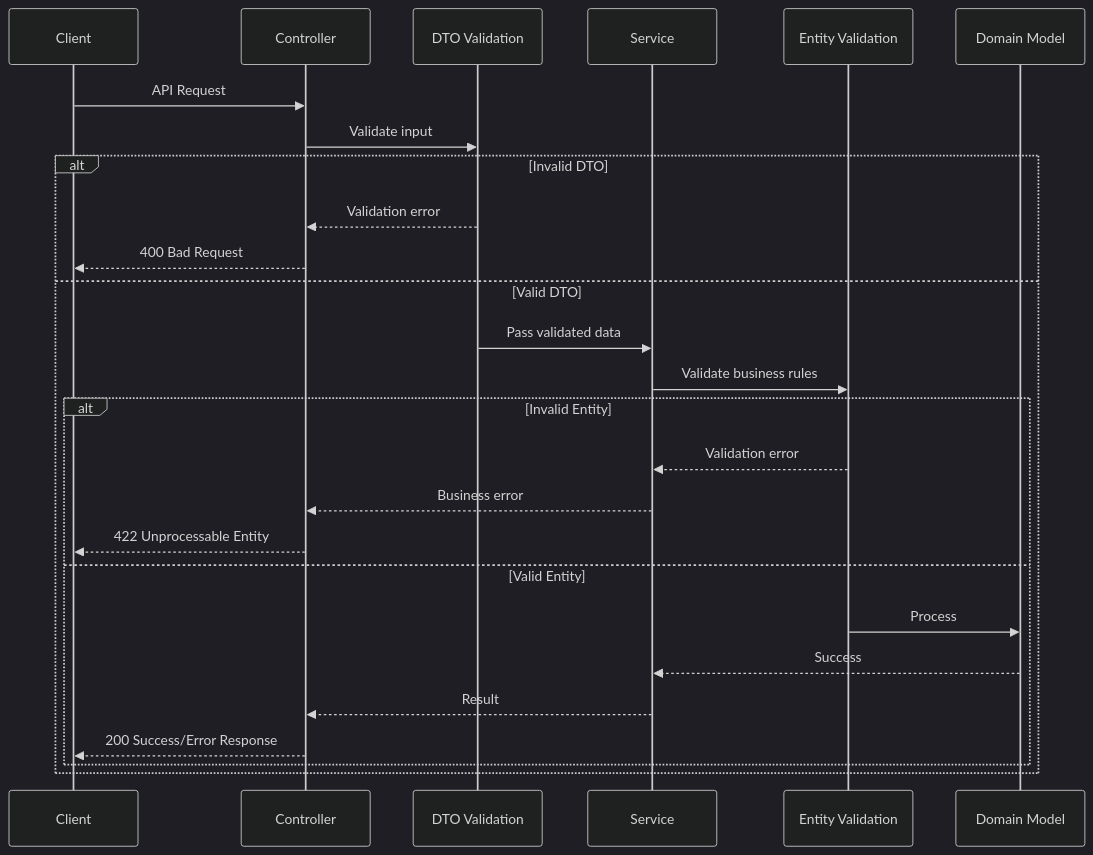
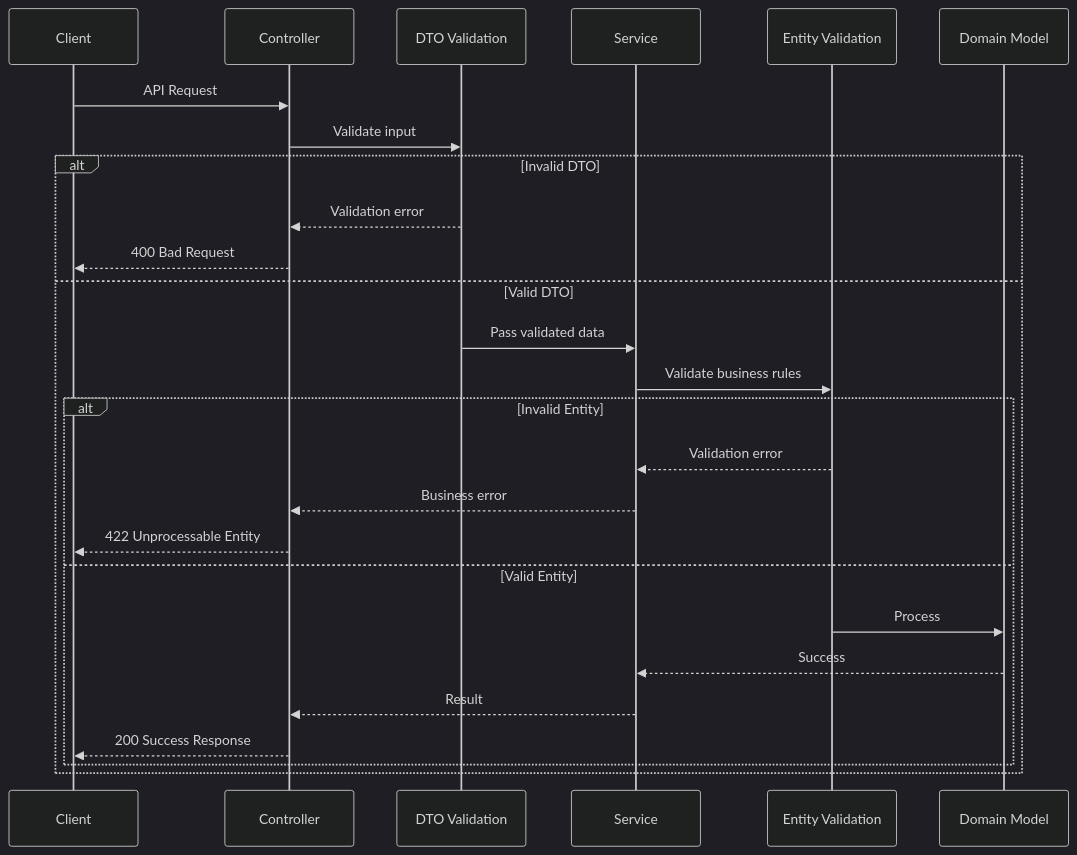
One commit to sfreedgood/Async-Games changed the third of 3 diagrams in ARCHITECTURE.md. Above: the diagram before and after it, drawn with Mermaid (dark theme).

Commit message:
Fix validation flow response message for clarity

````diff
--- a/ARCHITECTURE.md
+++ b/ARCHITECTURE.md
@@ -172,29 +172,29 @@
 ```mermaid
 sequenceDiagram
     participant Client
     participant Controller
     participant DTO as DTO Validation
     participant Service
     participant Entity as Entity Validation
     participant Domain as Domain Model
     
     Client->>Controller: API Request
     Controller->>DTO: Validate input
     alt Invalid DTO
         DTO-->>Controller: Validation error
         Controller-->>Client: 400 Bad Request
     else Valid DTO
         DTO->>Service: Pass validated data
         Service->>Entity: Validate business rules
         alt Invalid Entity
             Entity-->>Service: Validation error
             Service-->>Controller: Business error
             Controller-->>Client: 422 Unprocessable Entity
         else Valid Entity
             Entity->>Domain: Process
             Domain-->>Service: Success
             Service-->>Controller: Result
-            Controller-->>Client: 200 Success/Error Response
+            Controller-->>Client: 200 Success Response
         end
     end
 ```
````
